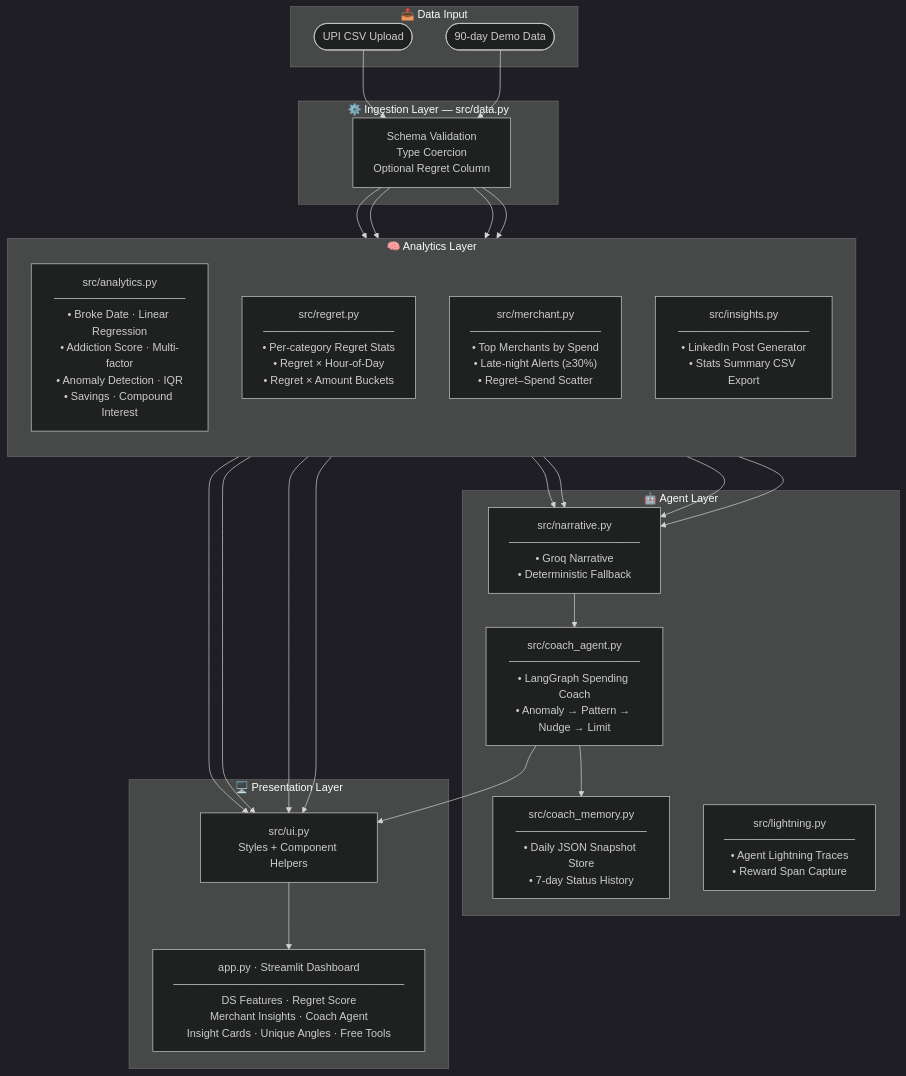
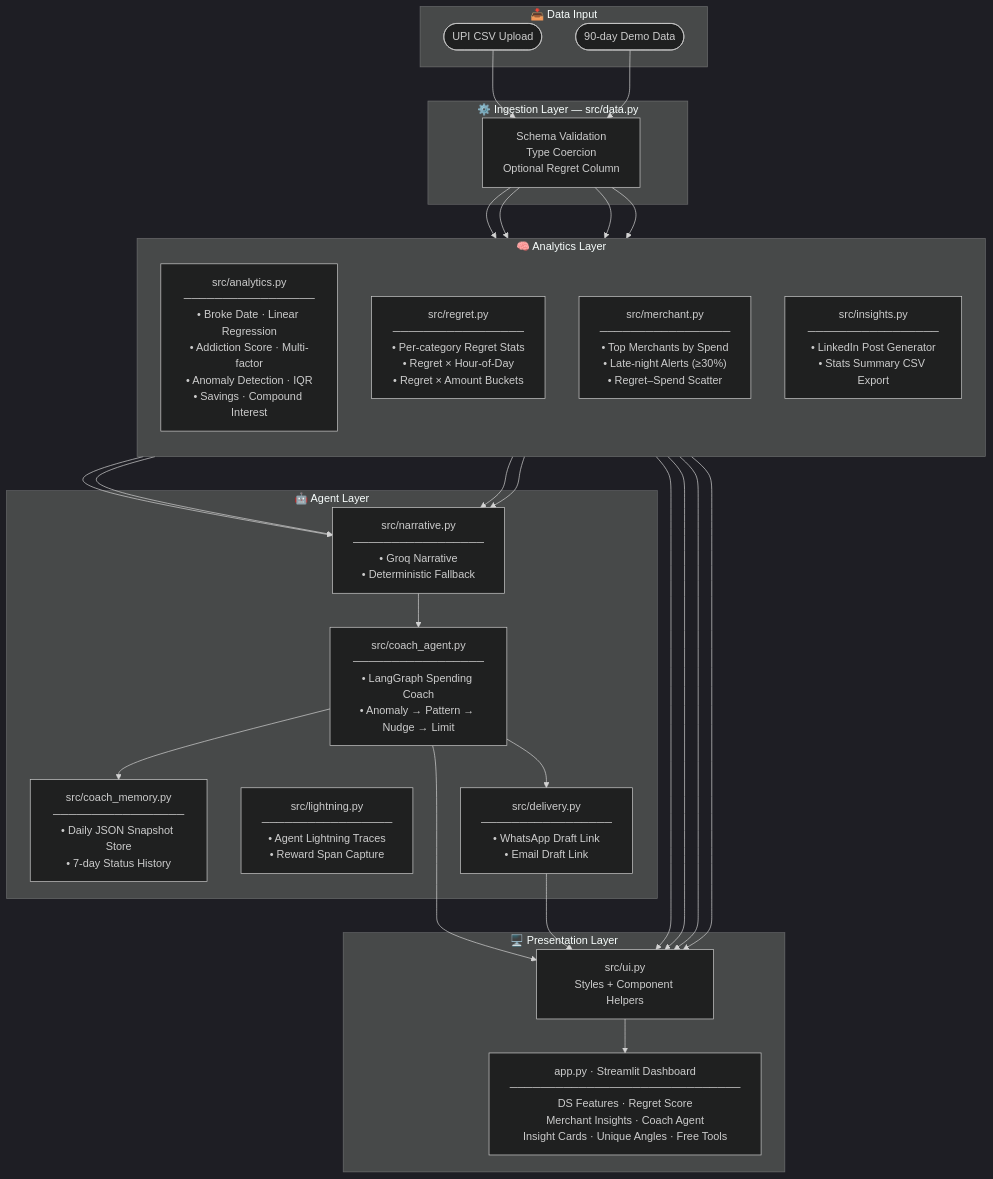
The diagram in README.md (Yashaswini-V21/UPI-Mirror), drawn with Mermaid (dark theme) before and after one commit. The commit also changed other lines of this file and 2 other files, not shown here.

First line of the commit message:
coach nudges can now leave the dashboard - added one-click WhatsApp and email delivery drafts

````diff
--- a/README.md
+++ b/README.md
@@ -91,39 +92,42 @@
 ```mermaid
 flowchart TD
     subgraph INPUT["📥 Data Input"]
         A1([UPI CSV Upload]) 
         A2([90-day Demo Data])
     end
 
     subgraph INGESTION["⚙️ Ingestion Layer — src/data.py"]
         B[Schema Validation\nType Coercion\nOptional Regret Column]
     end
 
     subgraph ANALYTICS["🧠 Analytics Layer"]
         direction TB
         D["src/analytics.py\n─────────────────\n• Broke Date · Linear Regression\n• Addiction Score · Multi-factor\n• Anomaly Detection · IQR\n• Savings · Compound Interest"]
         E["src/regret.py\n─────────────────\n• Per-category Regret Stats\n• Regret × Hour-of-Day\n• Regret × Amount Buckets"]
         F["src/merchant.py\n─────────────────\n• Top Merchants by Spend\n• Late-night Alerts (≥30%)\n• Regret–Spend Scatter"]
         G["src/insights.py\n─────────────────\n• LinkedIn Post Generator\n• Stats Summary CSV Export"]
     end
 
     subgraph AGENT["🤖 Agent Layer"]
         I["src/narrative.py\n─────────────────\n• Groq Narrative\n• Deterministic Fallback"]
         J["src/coach_agent.py\n─────────────────\n• LangGraph Spending Coach\n• Anomaly → Pattern → Nudge → Limit"]
         K["src/coach_memory.py\n─────────────────\n• Daily JSON Snapshot Store\n• 7-day Status History"]
         L["src/lightning.py\n─────────────────\n• Agent Lightning Traces\n• Reward Span Capture"]
+        M["src/delivery.py\n─────────────────\n• WhatsApp Draft Link\n• Email Draft Link"]
     end
 
     subgraph PRESENTATION["🖥️ Presentation Layer"]
         H["src/ui.py\nStyles + Component Helpers"]
         APP["app.py · Streamlit Dashboard\n──────────────────────────────\nDS Features · Regret Score\nMerchant Insights · Coach Agent\nInsight Cards · Unique Angles · Free Tools"]
     end
 
     A1 & A2 --> B
     B --> D & E & F & G
     D & E & F & G --> I
     I --> J --> K
+    J --> M
     D & E & F & G --> H
     J --> H
+    M --> H
     H --> APP
 ```
````
